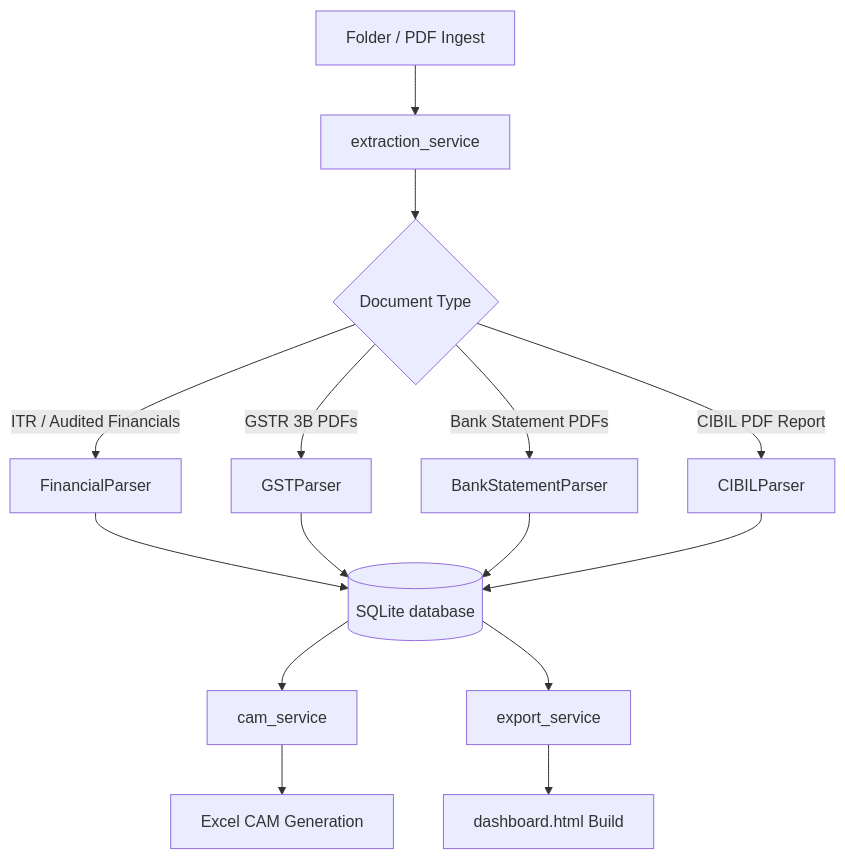
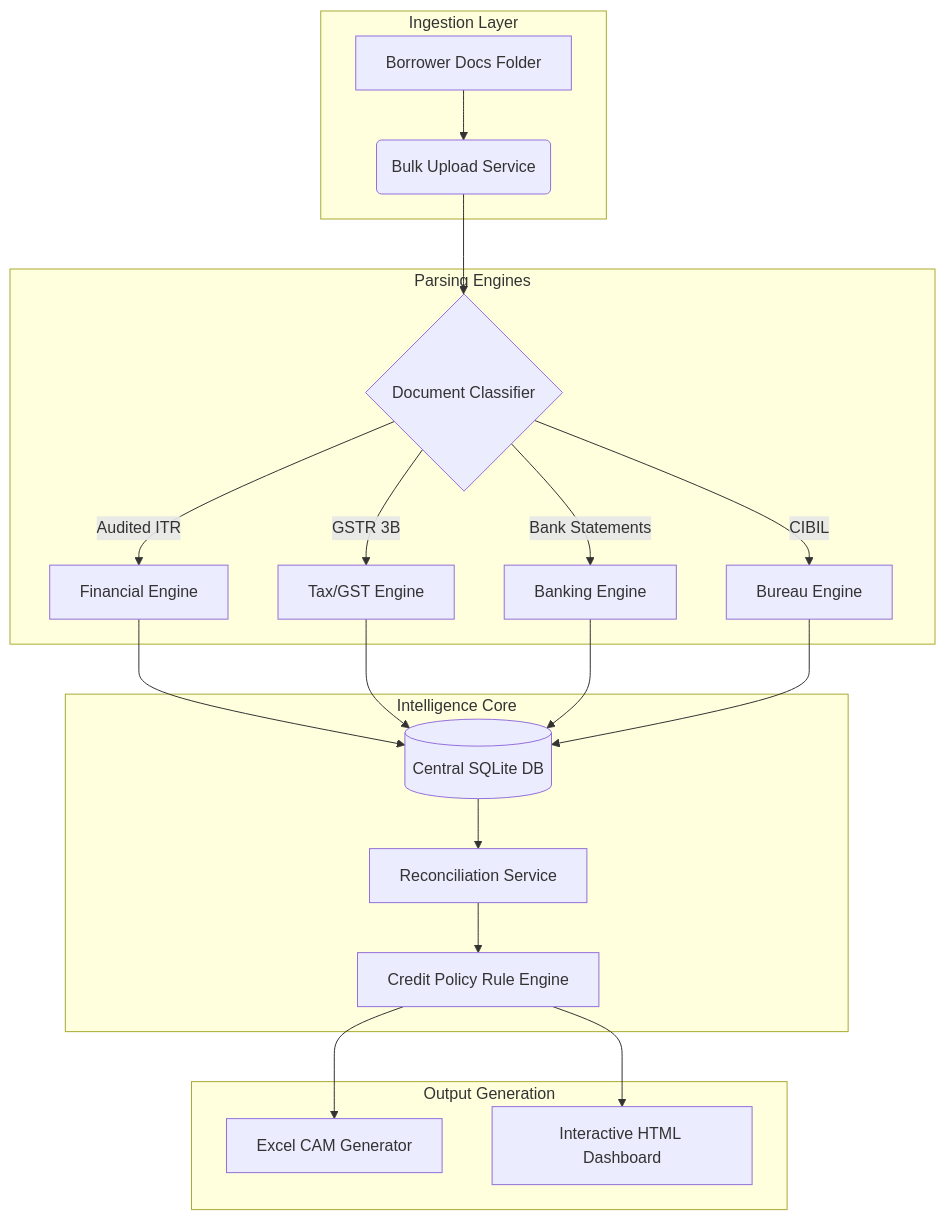
Before and after one commit to snaram-hash/Sasidhar_Projects: the diagram in README.md, drawn with Mermaid. The commit also changed other lines of this file and 7 other files, not shown here.

Commit message:
Enterprise Transformation: Adds Landing Page, Roadmap, Architecture folders and Engineering Book

````diff
--- a/README.md
+++ b/README.md
@@ -25,14 +53,25 @@
 ```mermaid
-graph TD
-    A[Folder / PDF Ingest] --> B[extraction_service]
-    B --> C{Document Type}
-    C -->|ITR / Audited Financials| D[FinancialParser]
-    C -->|GSTR 3B PDFs| E[GSTParser]
-    C -->|Bank Statement PDFs| F[BankStatementParser]
-    C -->|CIBIL PDF Report| G[CIBILParser]
-    D & E & F & G --> H[(SQLite database)]
-    H --> I[cam_service]
-    H --> J[export_service]
-    I --> K[Excel CAM Generation]
-    J --> L[dashboard.html Build]
+flowchart TD
+    subgraph Ingestion Layer
+        A[Borrower Docs Folder] --> B(Bulk Upload Service)
+    end
+
+    subgraph Parsing Engines
+        B --> C{Document Classifier}
+        C -->|Audited ITR| D[Financial Engine]
+        C -->|GSTR 3B| E[Tax/GST Engine]
+        C -->|Bank Statements| F[Banking Engine]
+        C -->|CIBIL| G[Bureau Engine]
+    end
+
+    subgraph Intelligence Core
+        D & E & F & G --> H[(Central SQLite DB)]
+        H --> I[Reconciliation Service]
+        I --> J[Credit Policy Rule Engine]
+    end
+
+    subgraph Output Generation
+        J --> K[Excel CAM Generator]
+        J --> L[Interactive HTML Dashboard]
+    end
 ```
````
